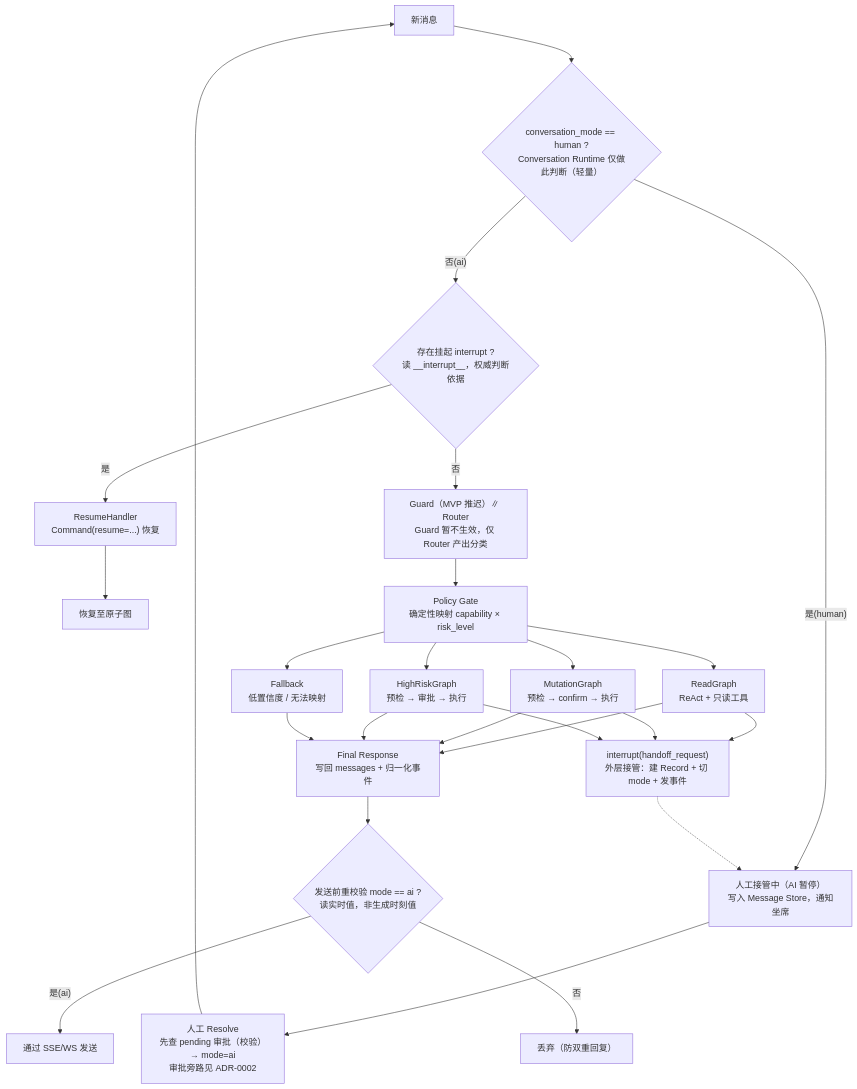
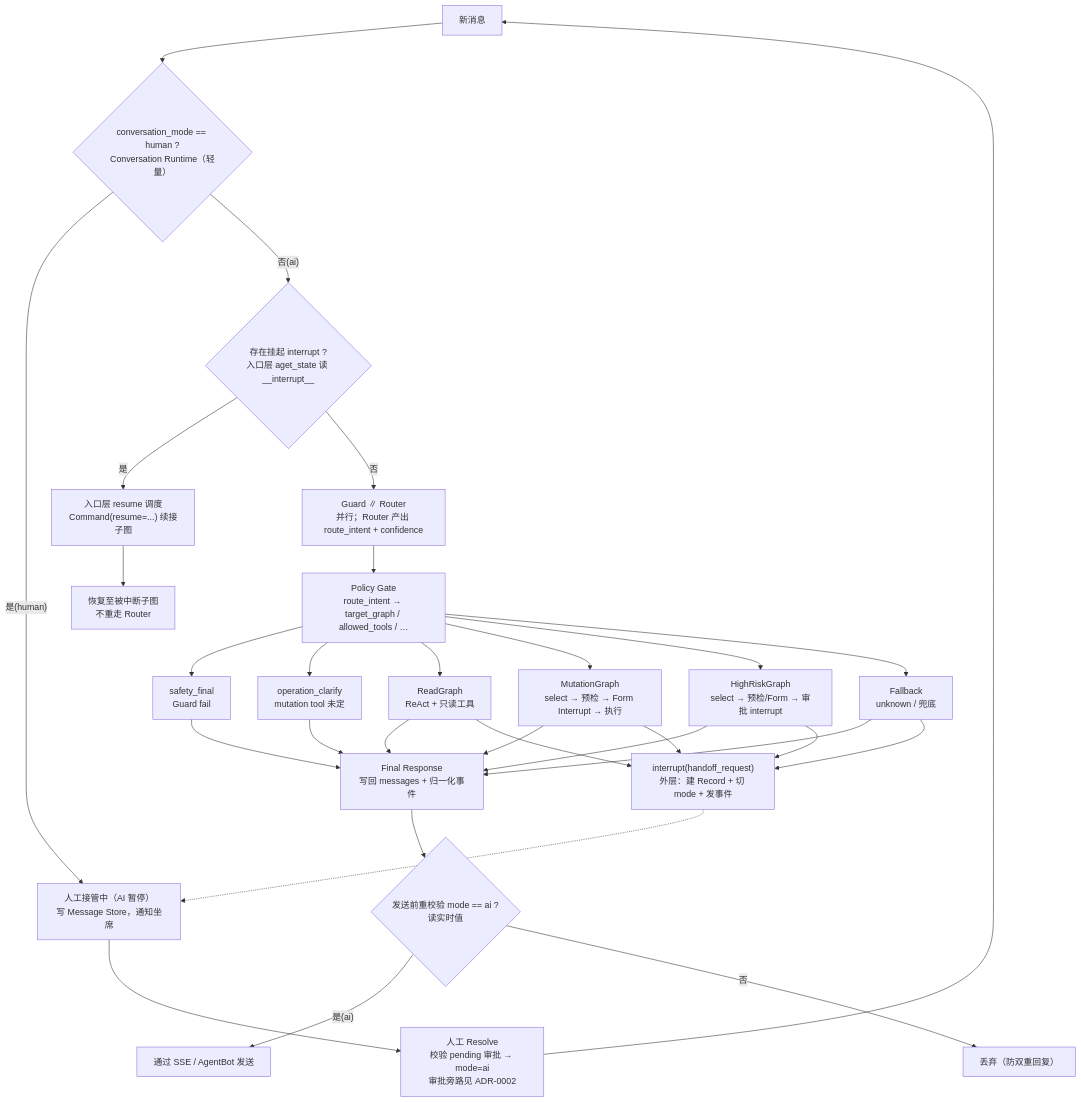
Before and after one commit to wlyqiqi/ai-service-agent: the diagram in AI Service Agent/docs/diagrams/graph-overview.md, drawn with Mermaid. The commit also changed other lines of this file and 12 other files, not shown here.

First line of the commit message:
docs: align Router specs and diagrams with route_intent-only contract

````diff
--- a/AI Service Agent/docs/diagrams/graph-overview.md
+++ b/AI Service Agent/docs/diagrams/graph-overview.md
@@ -6,22 +6,24 @@
 ```mermaid
 flowchart TD
-    A["新消息"] --> B{"conversation_mode == human ?<br/>Conversation Runtime 仅做此判断（轻量）"}
-    B -- "是(human)" --> H["人工接管中（AI 暂停）<br/>写入 Message Store，通知坐席"]
-    B -- "否(ai)" --> C{"存在挂起 interrupt ?<br/>读 __interrupt__，权威判断依据"}
-    C -- "是" --> R["ResumeHandler<br/>Command(resume=...) 恢复"]
-    R --> RG["恢复至原子图"]
-    C -- "否" --> G["Guard（MVP 推迟）∥ Router<br/>Guard 暂不生效，仅 Router 产出分类"]
-    G --> P["Policy Gate<br/>确定性映射 capability × risk_level"]
+    A["新消息"] --> B{"conversation_mode == human ?<br/>Conversation Runtime（轻量）"}
+    B -- "是(human)" --> H["人工接管中（AI 暂停）<br/>写 Message Store，通知坐席"]
+    B -- "否(ai)" --> C{"存在挂起 interrupt ?<br/>入口层 aget_state 读 __interrupt__"}
+    C -- "是" --> R["入口层 resume 调度<br/>Command(resume=...) 续接子图"]
+    R --> RG["恢复至被中断子图<br/>不重走 Router"]
+    C -- "否" --> G["Guard ∥ Router<br/>并行；Router 产出 route_intent + confidence"]
+    G --> P["Policy Gate<br/>route_intent → target_graph / allowed_tools / …"]
+    P --> SF["safety_final<br/>Guard fail"]
+    P --> OC["operation_clarify<br/>mutation tool 未定"]
     P --> RD["ReadGraph<br/>ReAct + 只读工具"]
-    P --> MU["MutationGraph<br/>预检 → confirm → 执行"]
-    P --> HR["HighRiskGraph<br/>预检 → 审批 → 执行"]
-    P --> FB["Fallback<br/>低置信度 / 无法映射"]
-    RD & MU & HR & FB --> F["Final Response<br/>写回 messages + 归一化事件"]
-    RD & MU & HR --> HO["interrupt(handoff_request)<br/>外层接管：建 Record + 切 mode + 发事件"]
+    P --> MU["MutationGraph<br/>select → 预检 → Form Interrupt → 执行"]
+    P --> HR["HighRiskGraph<br/>select → 预检/Form → 审批 interrupt"]
+    P --> FB["Fallback<br/>unknown / 兜底"]
+    SF & OC & RD & MU & HR & FB --> F["Final Response<br/>写回 messages + 归一化事件"]
+    RD & MU & HR & FB --> HO["interrupt(handoff_request)<br/>外层：建 Record + 切 mode + 发事件"]
     HO -.-> H
-    F --> PRE{"发送前重校验 mode == ai ?<br/>读实时值，非生成时刻值"}
-    PRE -- "是(ai)" --> SEND["通过 SSE/WS 发送"]
+    F --> PRE{"发送前重校验 mode == ai ?<br/>读实时值"}
+    PRE -- "是(ai)" --> SEND["通过 SSE / AgentBot 发送"]
     PRE -- "否" --> DROP["丢弃（防双重回复）"]
-    H --> RESOLVE["人工 Resolve<br/>先查 pending 审批（校验）→ mode=ai<br/>审批旁路见 ADR-0002"]
+    H --> RESOLVE["人工 Resolve<br/>校验 pending 审批 → mode=ai<br/>审批旁路见 ADR-0002"]
     RESOLVE --> A
 ```
````
